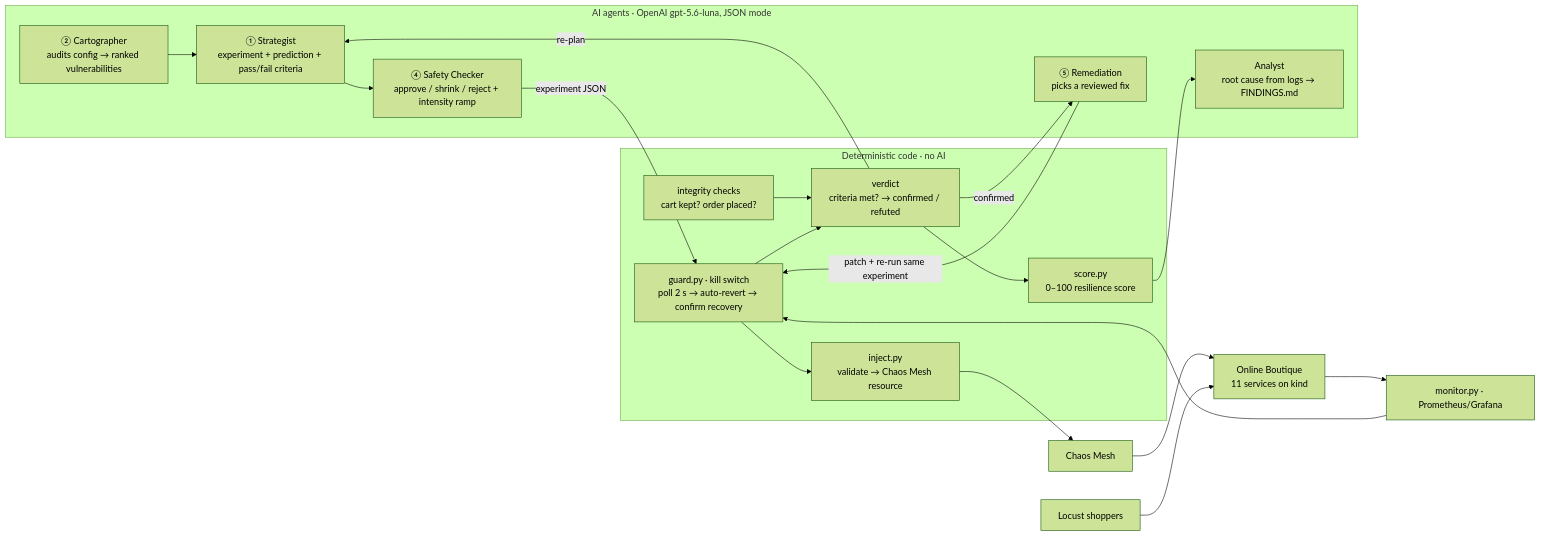
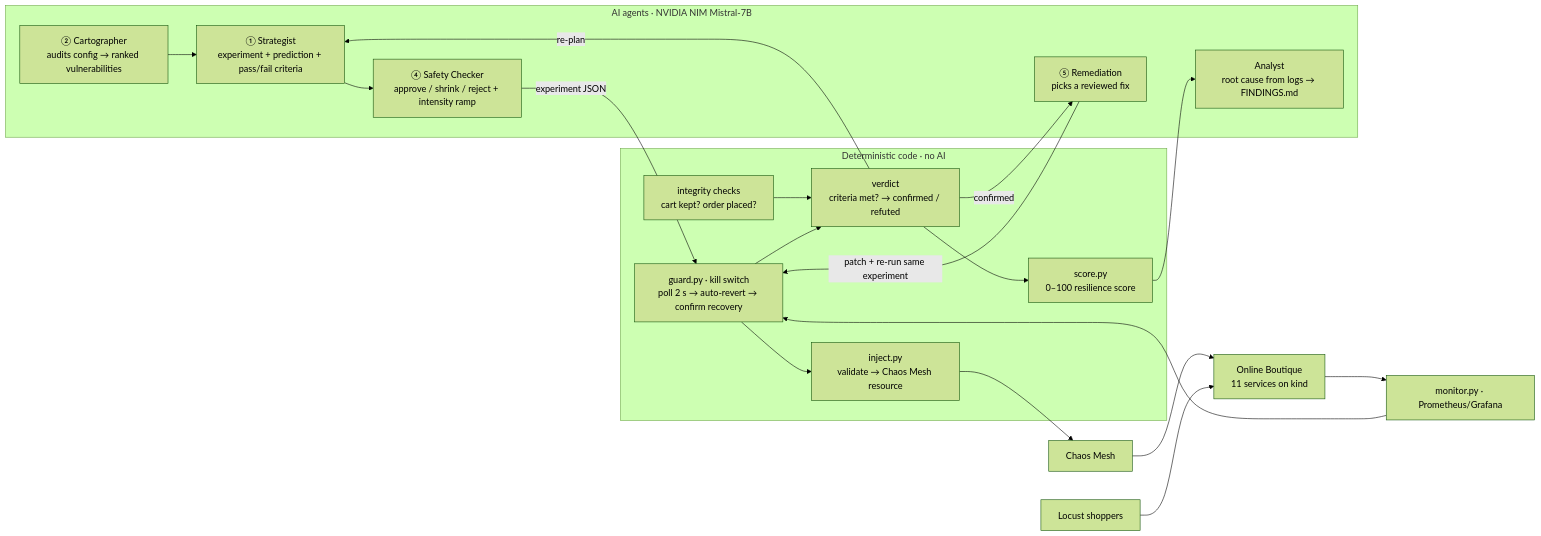
The diagram in docs/ARCHITECTURE.md (Gotha8972/FantasticFour), drawn with Mermaid (forest theme) before and after one commit. The commit also changed other lines of this file and 28 other files, not shown here.

Commit message:
Switch AI to NVIDIA NIM Mistral-7B (no OpenAI); merge best rules from the bake-off alternative and retire it; final-run guide and project status

````diff
--- a/docs/ARCHITECTURE.md
+++ b/docs/ARCHITECTURE.md
@@ -3,24 +3,24 @@
 ```mermaid
 flowchart LR
-    subgraph AI["AI agents · OpenAI gpt-5.6-luna, JSON mode"]
+    subgraph AI["AI agents · NVIDIA NIM Mistral-7B"]
         CA["② Cartographer<br/>audits config → ranked vulnerabilities"] --> ST["① Strategist<br/>experiment + prediction + pass/fail criteria"]
         ST --> SC["④ Safety Checker<br/>approve / shrink / reject + intensity ramp"]
         AN["Analyst<br/>root cause from logs → FINDINGS.md"]
         RM["⑤ Remediation<br/>picks a reviewed fix"]
     end
     subgraph CODE["Deterministic code · no AI"]
         INJ["inject.py<br/>validate → Chaos Mesh resource"]
         GU["guard.py · kill switch<br/>poll 2 s → auto-revert → confirm recovery"]
         INT["integrity checks<br/>cart kept? order placed?"]
         SCO["score.py<br/>0–100 resilience score"]
         VER["verdict<br/>criteria met? → confirmed / refuted"]
     end
     SC -->|experiment JSON| GU --> INJ --> CM["Chaos Mesh"] --> APP["Online Boutique<br/>11 services on kind"]
     LG["Locust shoppers"] --> APP
     APP --> MON["monitor.py · Prometheus/Grafana"] --> GU
     INT --> VER
     GU --> VER --> SCO
     VER -->|re-plan| ST
     VER -->|confirmed| RM -->|patch + re-run same experiment| GU
     SCO --> AN
 ```
````
